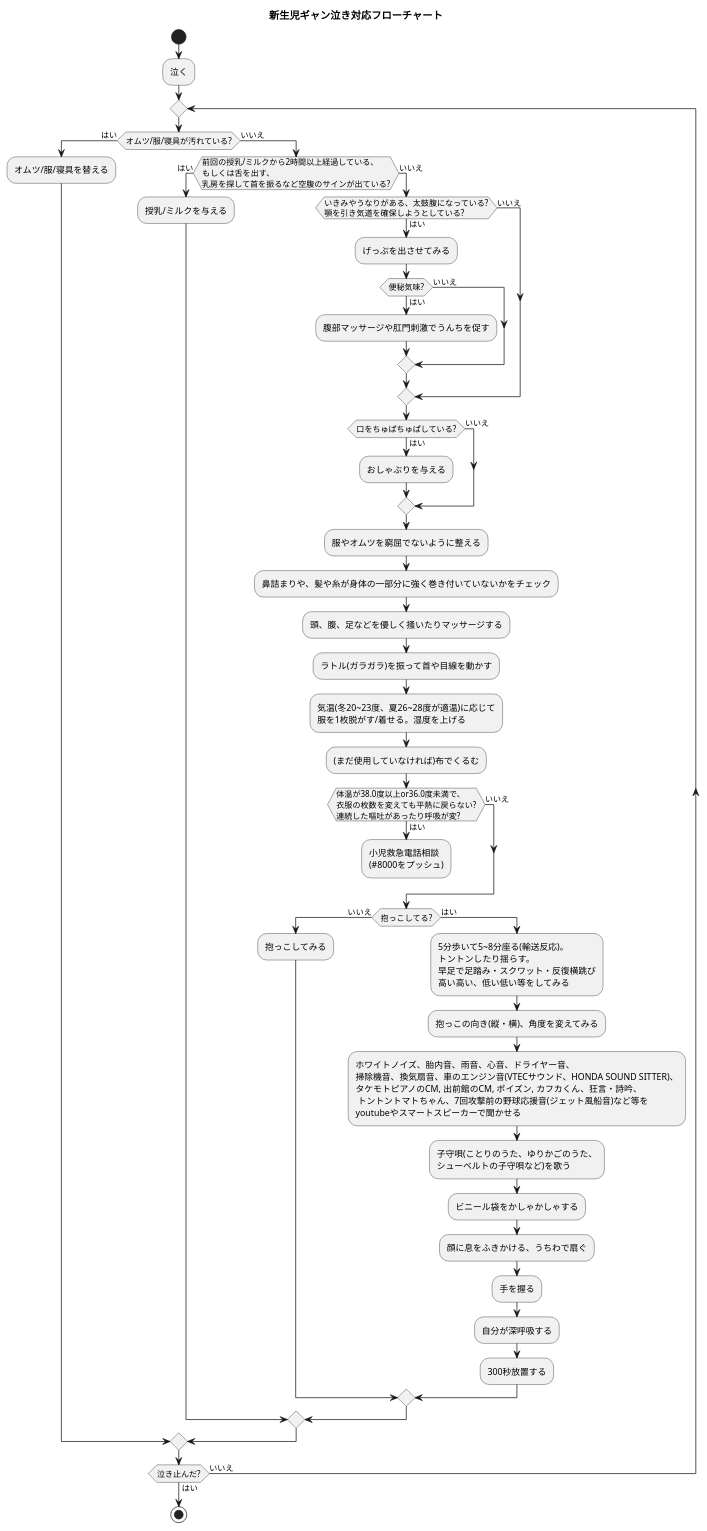
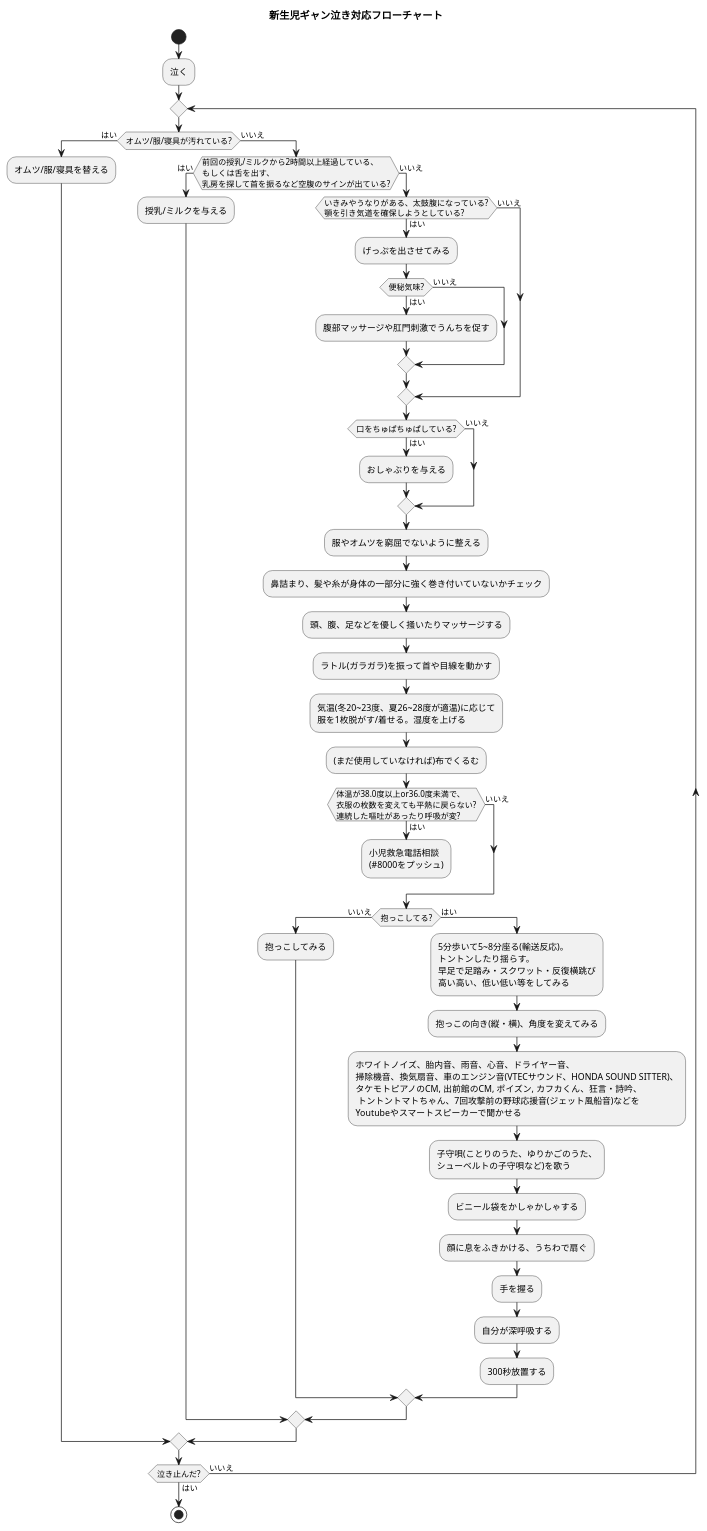
Before and after one commit to dakimura/gyan-crying-oncall-playbook: the diagram in flowchart.puml, drawn with PlantUML. The commit also changed 1 other file, not shown here.

```diff
--- a/flowchart.puml
+++ b/flowchart.puml
@@ -1,57 +1,57 @@
 @startuml
 
 title 新生児ギャン泣き対応フローチャート
 start
 
 :泣く;
 
 repeat;
   if (オムツ/服/寝具が汚れている?) then (はい)
     :オムツ/服/寝具を替える;
   else (いいえ)
     if (前回の授乳/ミルクから2時間以上経過している、\nもしくは舌を出す、\n乳房を探して首を振るなど空腹のサインが出ている?) then (はい)
       :授乳/ミルクを与える;
     else (いいえ)
       if (いきみやうなりがある、太鼓腹になっている?\n顎を引き気道を確保しようとしている?) then (はい)
         :げっぷを出させてみる;
         if (便秘気味?) then (はい)
           :腹部マッサージや肛門刺激でうんちを促す;
         else (いいえ)
         endif
       else (いいえ)
       endif
       if (口をちゅぱちゅぱしている?) then (はい)
         :おしゃぶりを与える;
       else (いいえ)
       endif
       :服やオムツを窮屈でないように整える;
-      :鼻詰まりや、髪や糸が身体の一部分に強く巻き付いていないかをチェック;
+      :鼻詰まり、髪や糸が身体の一部分に強く巻き付いていないかチェック;
       :頭、腹、足などを優しく掻いたりマッサージする;
       :ラトル(ガラガラ)を振って首や目線を動かす;
       :気温(冬20~23度、夏26~28度が適温)に応じて\n服を1枚脱がす/着せる。湿度を上げる;
       :(まだ使用していなければ)布でくるむ;
       if (体温が38.0度以上or36.0度未満で、\n衣服の枚数を変えても平熱に戻らない?\n連続した嘔吐があったり呼吸が変?) then (はい)
         :小児救急電話相談\n(#8000をプッシュ);
         kill
       else (いいえ)
       endif
       if (抱っこしてる?) then (いいえ)
         :抱っこしてみる;
       else (はい)
         :5分歩いて5~8分座る(輸送反応)。\nトントンしたり揺らす。\n早足で足踏み・スクワット・反復横跳び\n高い高い、低い低い等をしてみる;
         :抱っこの向き(縦・横)、角度を変えてみる;
-        :ホワイトノイズ、胎内音、雨音、心音、ドライヤー音、\n掃除機音、換気扇音、車のエンジン音(VTECサウンド、HONDA SOUND SITTER)、\nタケモトピアノのCM, 出前館のCM, ポイズン, カフカくん、狂言・詩吟、 \n トントントマトちゃん、7回攻撃前の野球応援音(ジェット風船音)など等を\nyoutubeやスマートスピーカーで聞かせる;
+        :ホワイトノイズ、胎内音、雨音、心音、ドライヤー音、\n掃除機音、換気扇音、車のエンジン音(VTECサウンド、HONDA SOUND SITTER)、\nタケモトピアノのCM, 出前館のCM, ポイズン, カフカくん、狂言・詩吟、 \n トントントマトちゃん、7回攻撃前の野球応援音(ジェット風船音)などを\nYoutubeやスマートスピーカーで聞かせる;
         :子守唄(ことりのうた、ゆりかごのうた、\nシューベルトの子守唄など)を歌う;
         :ビニール袋をかしゃかしゃする;
         :顔に息をふきかける、うちわで扇ぐ;
         :手を握る;
         :自分が深呼吸する;
         :300秒放置する;
       endif
     endif
   endif
 repeat while (泣き止んだ?) is (いいえ) not (はい)
 
 stop
 
 @enduml
```
